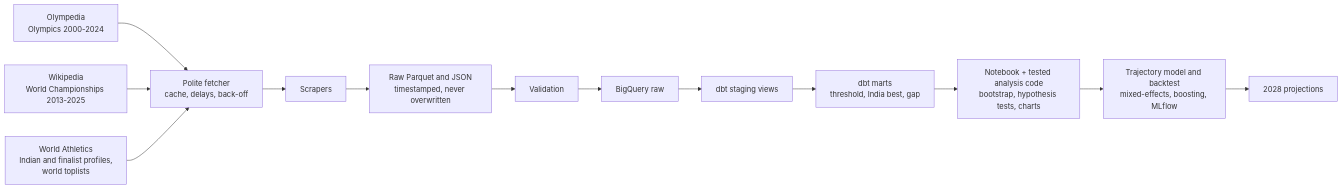
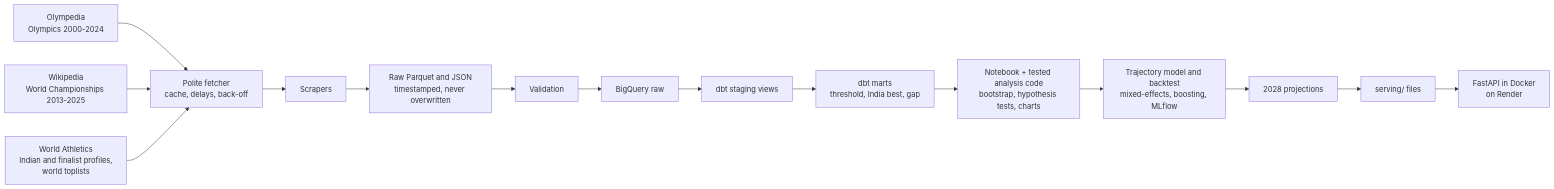
One commit to rohithjagan05/GapToPodium changed the diagram in README.md. Above: the diagram before and after it, drawn with Mermaid. The commit also changed other lines of this file and 10 other files, not shown here.

Commit message:
Phase 5: Prefect flow, publish script, dashboard tables, README

````diff
--- a/README.md
+++ b/README.md
@@ -127,15 +149,17 @@
 ```mermaid
 flowchart LR
     A[Olympedia<br/>Olympics 2000-2024] --> F
     B[Wikipedia<br/>World Championships 2013-2025] --> F
     C[World Athletics<br/>Indian and finalist profiles,<br/>world toplists] --> F
     F[Polite fetcher<br/>cache, delays, back-off] --> S[Scrapers]
     S --> R[Raw Parquet and JSON<br/>timestamped, never overwritten]
     R --> V[Validation]
     V --> BQ[BigQuery raw]
     BQ --> D[dbt staging views]
     D --> M[dbt marts<br/>threshold, India best, gap]
     M --> N[Notebook + tested analysis code<br/>bootstrap, hypothesis tests, charts]
     N --> T[Trajectory model and backtest<br/>mixed-effects, boosting, MLflow]
     T --> P[2028 projections]
+    P --> X[serving/ files]
+    X --> API[FastAPI in Docker<br/>on Render]
 ```
````
